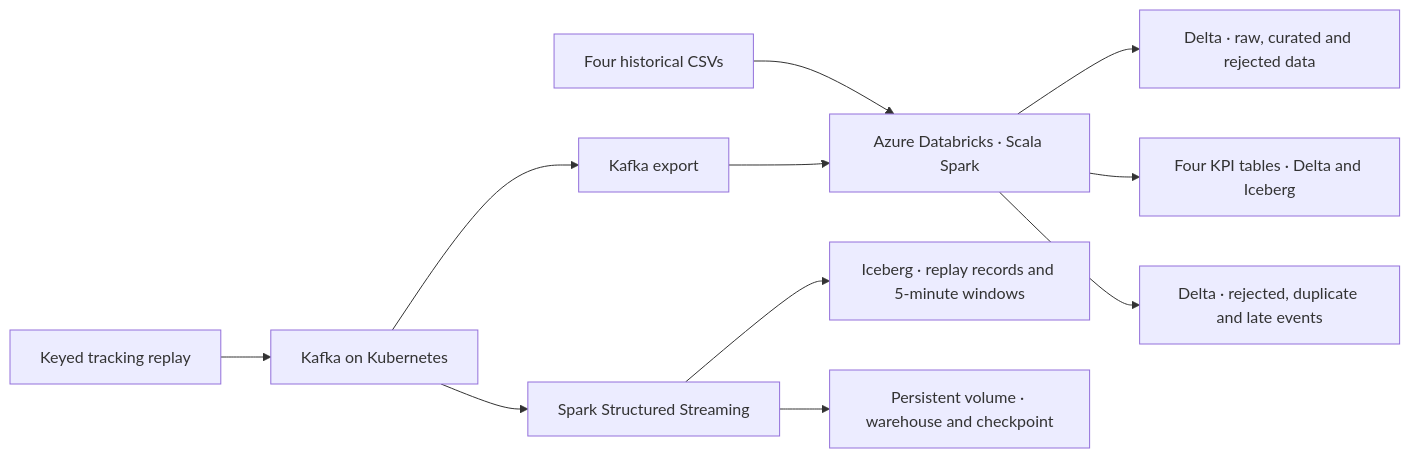
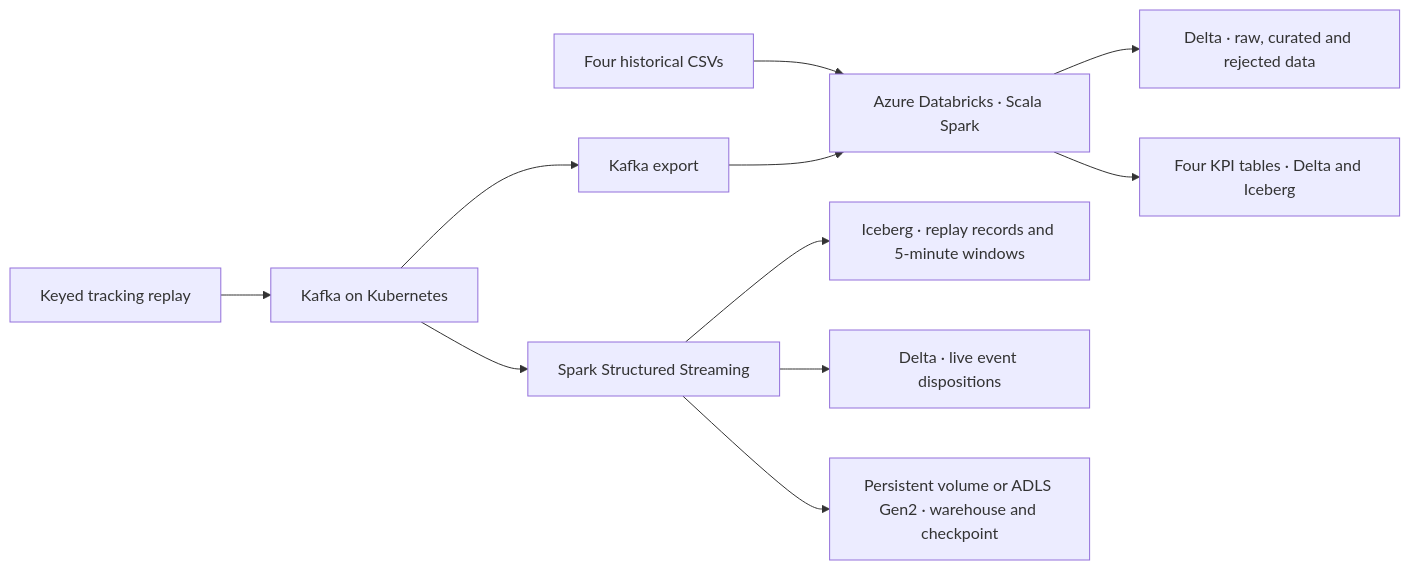
Before and after one commit to ShanmukhaAaryasree/project-meridian: the diagram in README.md, drawn with Mermaid. The commit also changed other lines of this file and 39 other files, not shown here.

````diff
--- a/README.md
+++ b/README.md
@@ -7,13 +7,13 @@
 ```mermaid
 flowchart LR
   CSV["Four historical CSVs"] --> DB["Azure Databricks · Scala Spark"]
   DB --> D["Delta · raw, curated and rejected data"]
   DB --> G["Four KPI tables · Delta and Iceberg"]
   R["Keyed tracking replay"] --> K["Kafka on Kubernetes"]
   K --> S["Spark Structured Streaming"]
   S --> I["Iceberg · replay records and 5-minute windows"]
-  S --> P["Persistent volume · warehouse and checkpoint"]
+  S --> A["Delta · live event dispositions"]
+  S --> P["Persistent volume or ADLS Gen2 · warehouse and checkpoint"]
   K --> E["Kafka export"]
   E --> DB
-  DB --> A["Delta · rejected, duplicate and late events"]
 ```
````
